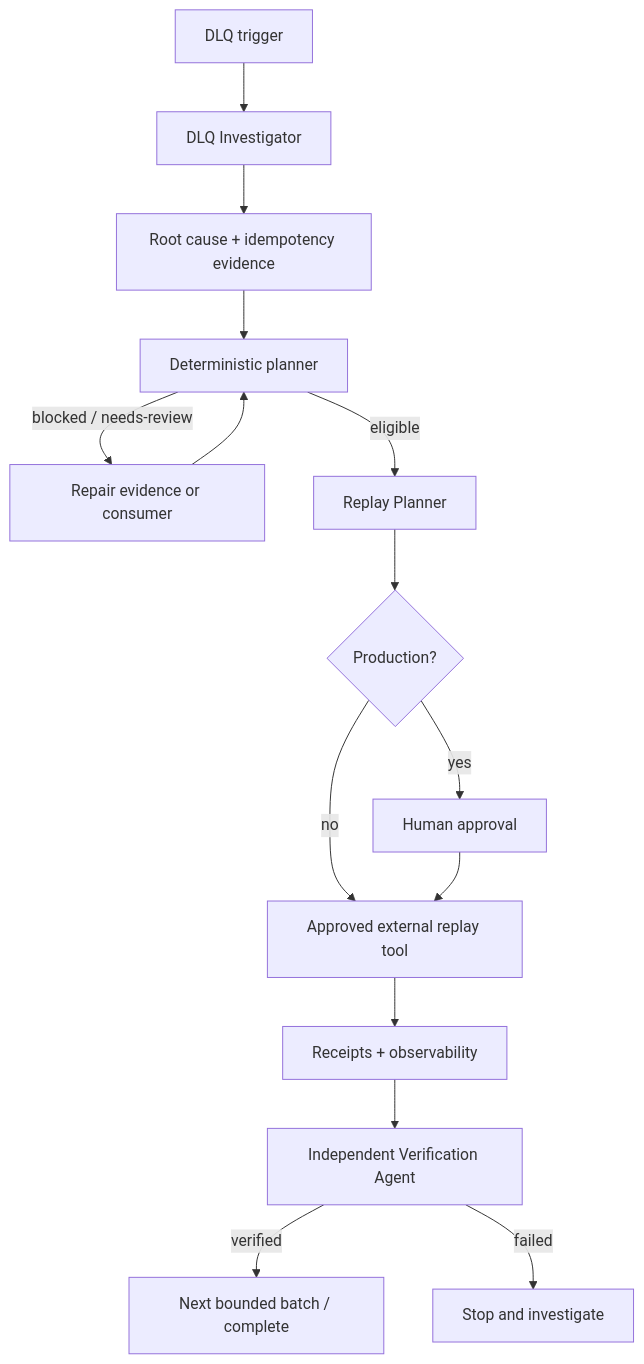
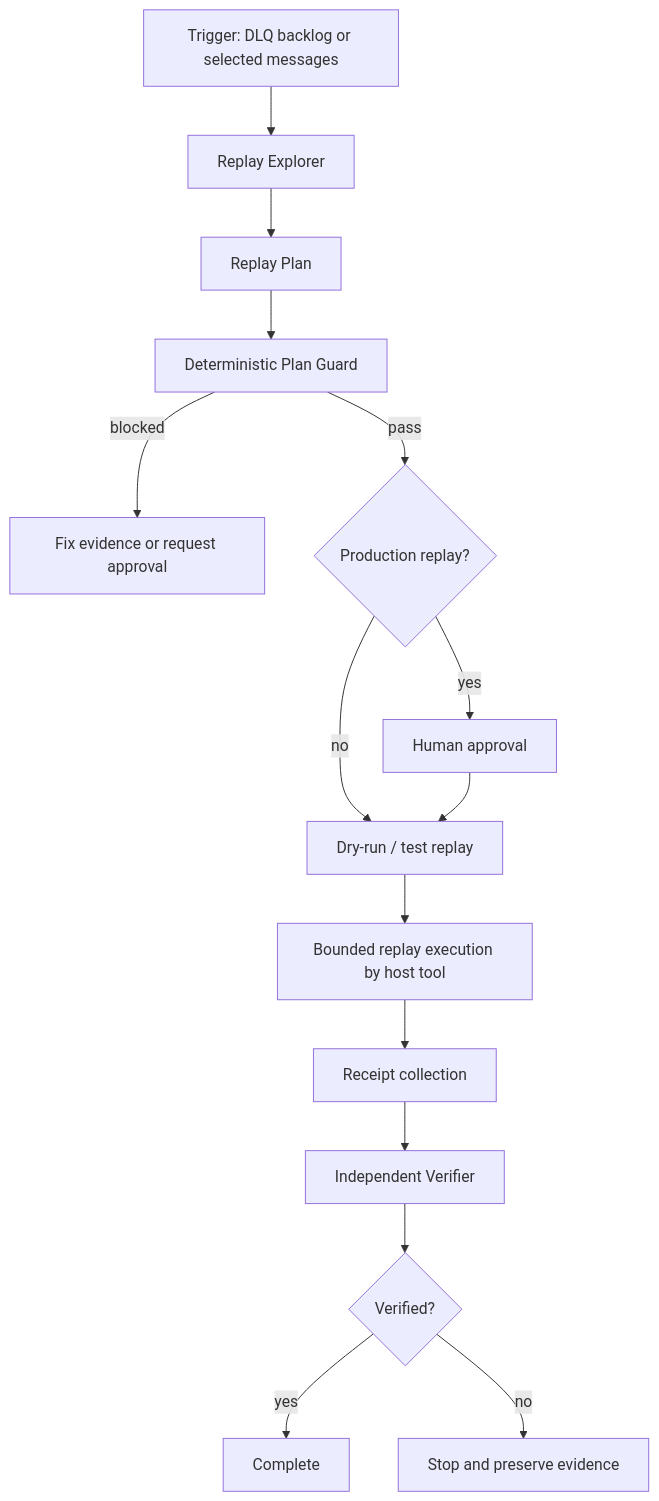
The diagram in Daily AI Engineering Kit/agent-dead-letter-queue-replay-safety-gate/README.md (hakodev2k/AI-Engineering), drawn with Mermaid before and after one commit. The commit also changed other lines of this file and 15 other files, not shown here.

Commit message:
Daily AI Engineering Kit for agent-dead-letter-queue-replay-safety-gate

````diff
--- a/Daily AI Engineering Kit/agent-dead-letter-queue-replay-safety-gate/README.md
+++ b/Daily AI Engineering Kit/agent-dead-letter-queue-replay-safety-gate/README.md
@@ -18,17 +23,17 @@
 ```mermaid
 flowchart TD
-  A[DLQ trigger] --> B[DLQ Investigator]
-  B --> C[Root cause + idempotency evidence]
-  C --> D[Deterministic planner]
-  D -->|blocked / needs-review| E[Repair evidence or consumer]
-  E --> D
-  D -->|eligible| F[Replay Planner]
-  F --> G{Production?}
-  G -->|yes| H[Human approval]
-  G -->|no| I[Approved external replay tool]
-  H --> I
-  I --> J[Receipts + observability]
-  J --> K[Independent Verification Agent]
-  K -->|verified| L[Next bounded batch / complete]
-  K -->|failed| M[Stop and investigate]
+  T[Trigger: DLQ backlog or selected messages] --> E[Replay Explorer]
+  E --> P[Replay Plan]
+  P --> G[Deterministic Plan Guard]
+  G -->|blocked| F[Fix evidence or request approval]
+  G -->|pass| A{Production replay?}
+  A -->|yes| H[Human approval]
+  A -->|no| X[Dry-run / test replay]
+  H --> X
+  X --> R[Bounded replay execution by host tool]
+  R --> C[Receipt collection]
+  C --> V[Independent Verifier]
+  V --> D{Verified?}
+  D -->|yes| OK[Complete]
+  D -->|no| STOP[Stop and preserve evidence]
 ```
````
